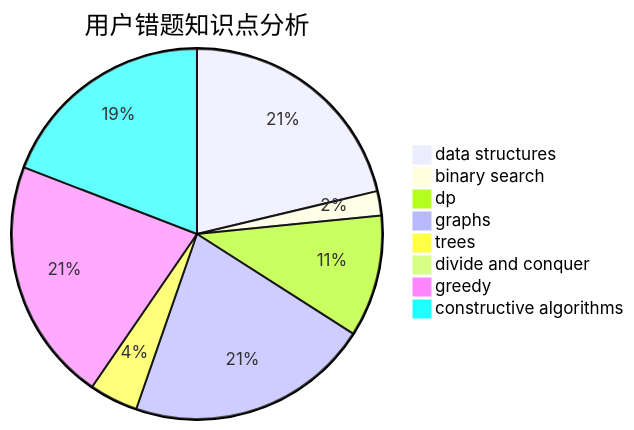
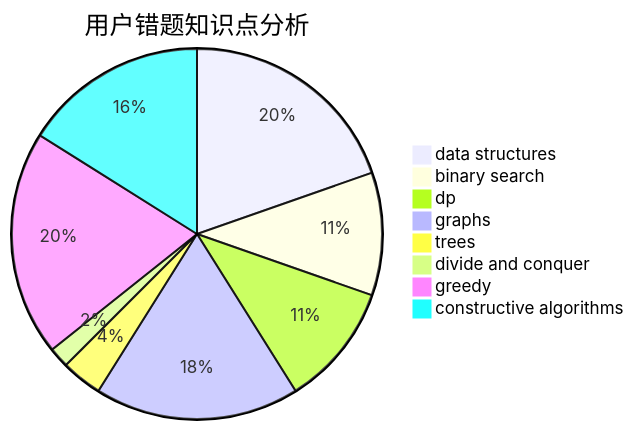
Before and after one commit to sherpahu/cfrs.github.io: the third of 3 diagrams in docs/user/u1657.md, drawn with Mermaid. The commit also changed other lines of this file and 2770 other files, not shown here.

````diff
--- a/docs/user/u1657.md
+++ b/docs/user/u1657.md
@@ -36,11 +36,11 @@
 ```mermaid
 pie title 用户错题知识点分析
-    "data structures" :  10
-    "binary search" :  1
-    "dp" :  5
+    "data structures" :  11
+    "binary search" :  6
+    "dp" :  6
     "graphs" :  10
     "trees" :  2
-    "divide and conquer" :  0
-    "greedy" :  10
+    "divide and conquer" :  1
+    "greedy" :  11
     "constructive algorithms" :  9
 ```
````
